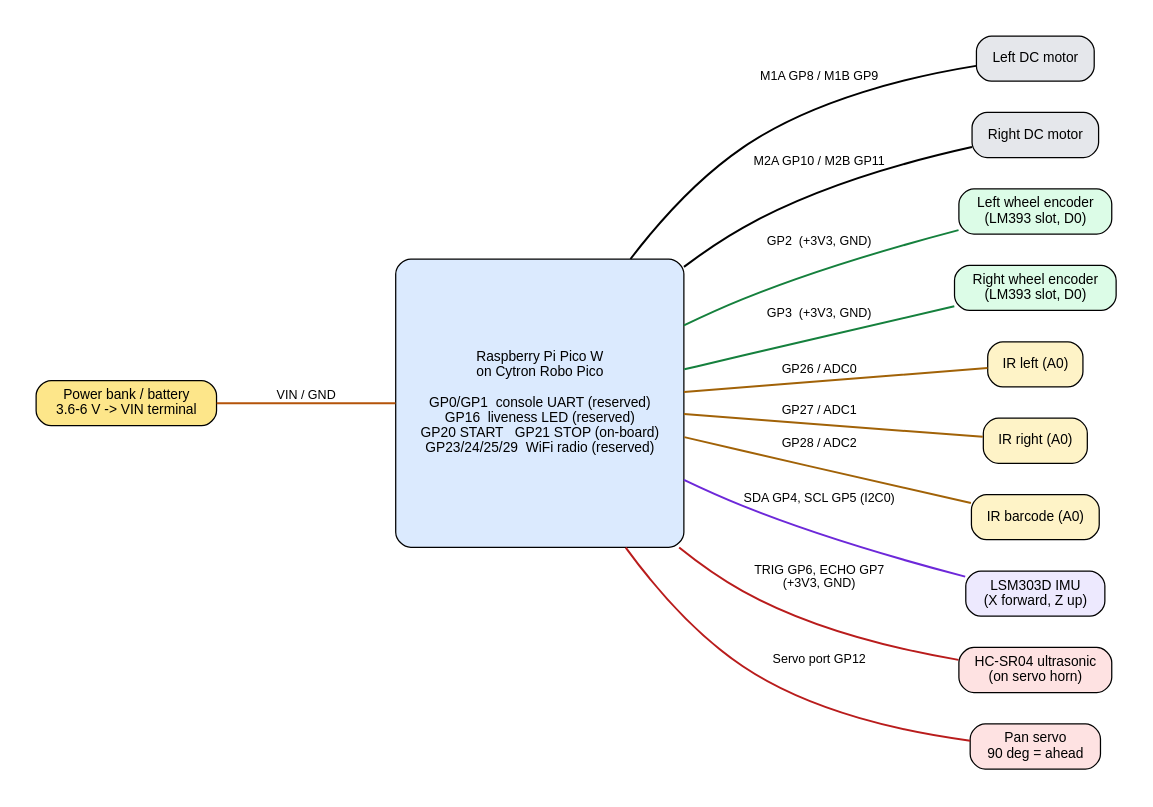
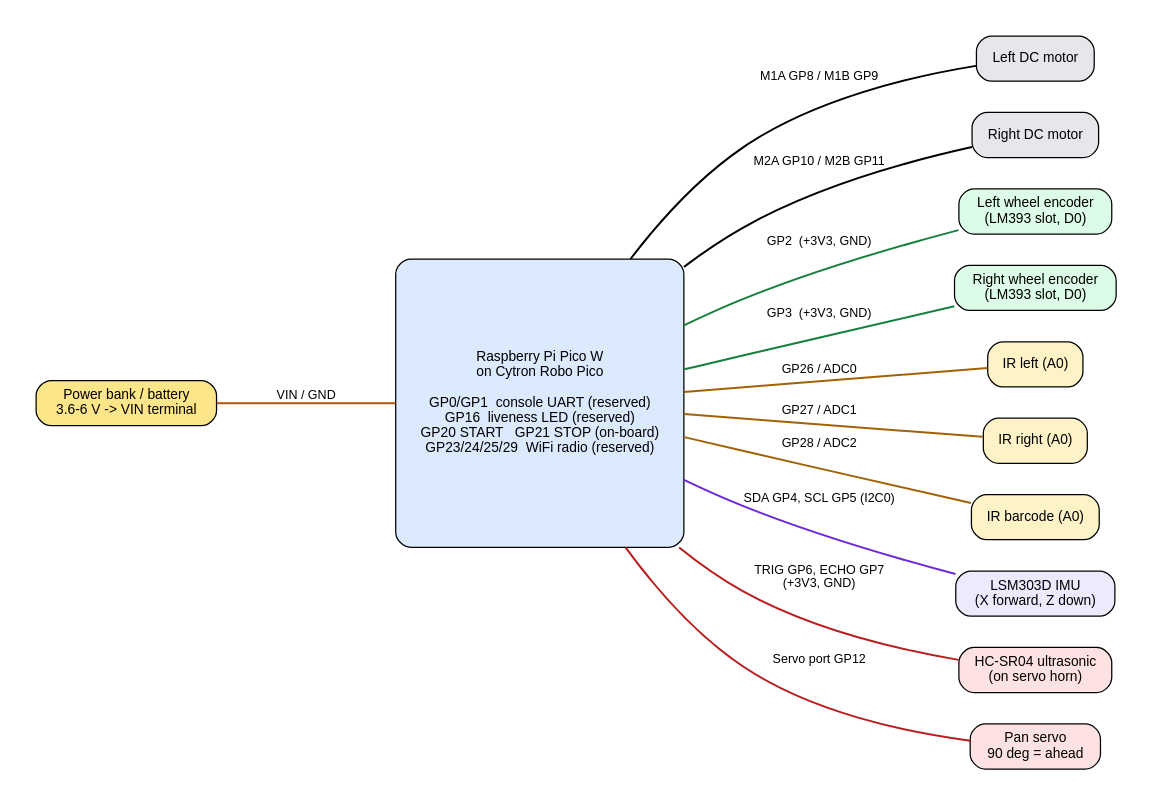
The diagram in docs/img/wiring.dot (lennoly/INF2004_Grp5), drawn with Graphviz before and after one commit. The commit also changed 26 other files, not shown here.

```diff
--- a/docs/img/wiring.dot
+++ b/docs/img/wiring.dot
@@ -1,20 +1,20 @@
 graph W {
   graph [rankdir=LR, bgcolor=white, fontname="Helvetica", nodesep=0.35, ranksep=1.3, pad=0.3];
   node  [shape=box, style="rounded,filled", fontname="Helvetica", fontsize=11];
   edge  [fontname="Helvetica", fontsize=10, penwidth=1.6];
   pico [label="Raspberry Pi Pico W\non Cytron Robo Pico\n\nGP0/GP1  console UART (reserved)\nGP16  liveness LED (reserved)\nGP20 START   GP21 STOP (on-board)\nGP23/24/25/29  WiFi radio (reserved)", fillcolor="#dbeafe", height=3.2, width=3.2];
   bat  [label="Power bank / battery\n3.6-6 V -> VIN terminal", fillcolor="#fde68a"];
   ml [label="Left DC motor",  fillcolor="#e5e7eb"]; mr [label="Right DC motor", fillcolor="#e5e7eb"];
   el [label="Left wheel encoder\n(LM393 slot, D0)", fillcolor="#dcfce7"]; er [label="Right wheel encoder\n(LM393 slot, D0)", fillcolor="#dcfce7"];
   irl [label="IR left (A0)", fillcolor="#fef3c7"]; irr [label="IR right (A0)", fillcolor="#fef3c7"]; irb [label="IR barcode (A0)", fillcolor="#fef3c7"];
-  imu [label="LSM303D IMU\n(X forward, Z up)", fillcolor="#ede9fe"];
+  imu [label="LSM303D IMU\n(X forward, Z down)", fillcolor="#ede9fe"];
   us  [label="HC-SR04 ultrasonic\n(on servo horn)", fillcolor="#fee2e2"];
   sv  [label="Pan servo\n90 deg = ahead", fillcolor="#fee2e2"];
   bat -- pico [label="VIN / GND", color="#b45309"];
   pico -- ml [label="M1A GP8 / M1B GP9"]; pico -- mr [label="M2A GP10 / M2B GP11"];
   pico -- el [label="GP2  (+3V3, GND)", color="#15803d"]; pico -- er [label="GP3  (+3V3, GND)", color="#15803d"];
   pico -- irl [label="GP26 / ADC0", color="#a16207"]; pico -- irr [label="GP27 / ADC1", color="#a16207"]; pico -- irb [label="GP28 / ADC2", color="#a16207"];
   pico -- imu [label="SDA GP4, SCL GP5 (I2C0)", color="#6d28d9"];
   pico -- us [label="TRIG GP6, ECHO GP7\n(+3V3, GND)", color="#b91c1c"];
   pico -- sv [label="Servo port GP12", color="#b91c1c"];
 }
```
